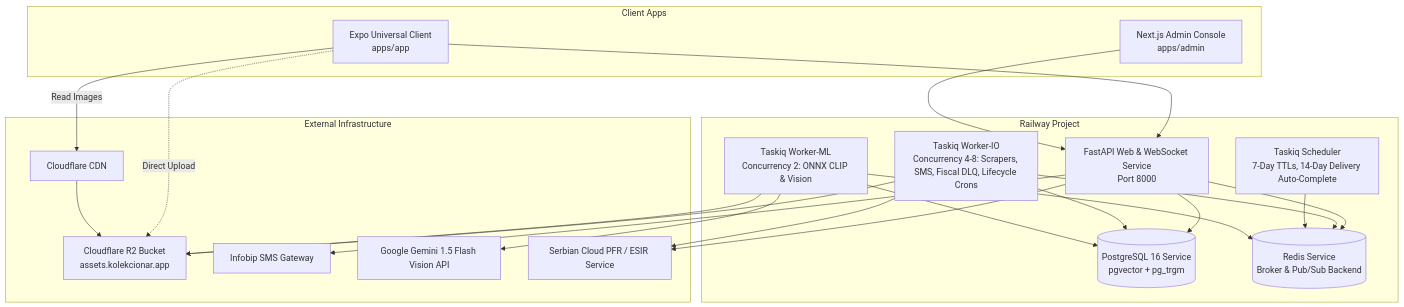
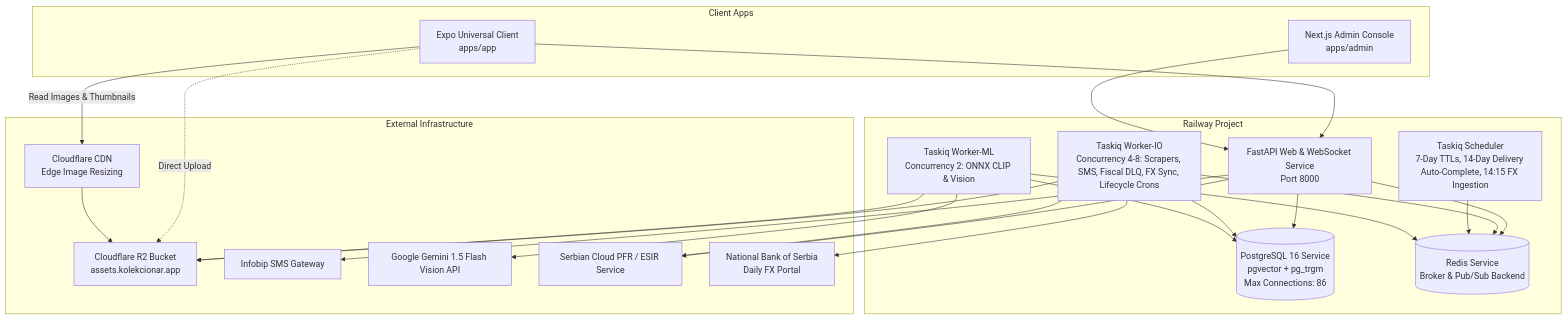
The fourth of 4 diagrams in _bmad-output/planning-artifacts/architecture/architecture-kolekcionar-2026-11-11/ARCHITECTURE-SPINE.md (nnikolic72/kolekcionar), drawn with Mermaid before and after one commit. The commit also changed other lines of this file, not shown here.

Commit message:
docs: update architecture spine with R2 edge resizing, FX ingestion, and NBS IPS reconciliation details

````diff
--- a/_bmad-output/planning-artifacts/architecture/architecture-kolekcionar-2026-11-11/ARCHITECTURE-SPINE.md
+++ b/_bmad-output/planning-artifacts/architecture/architecture-kolekcionar-2026-11-11/ARCHITECTURE-SPINE.md
@@ -298,46 +341,48 @@
 ```mermaid
 graph TD
     subgraph Client Apps
         ClientApp[Expo Universal Client<br/>apps/app]
         AdminApp[Next.js Admin Console<br/>apps/admin]
     end
 
     subgraph Railway Project
         WebGateway[FastAPI Web & WebSocket Service<br/>Port 8000]
-        WorkerIO[Taskiq Worker-IO<br/>Concurrency 4-8: Scrapers, SMS, Fiscal DLQ, Lifecycle Crons]
+        WorkerIO[Taskiq Worker-IO<br/>Concurrency 4-8: Scrapers, SMS, Fiscal DLQ, FX Sync, Lifecycle Crons]
         WorkerML[Taskiq Worker-ML<br/>Concurrency 2: ONNX CLIP & Vision]
-        TaskiqScheduler[Taskiq Scheduler<br/>7-Day TTLs, 14-Day Delivery Auto-Complete]
-        PG[(PostgreSQL 16 Service<br/>pgvector + pg_trgm)]
+        TaskiqScheduler[Taskiq Scheduler<br/>7-Day TTLs, 14-Day Delivery Auto-Complete, 14:15 FX Ingestion]
+        PG[(PostgreSQL 16 Service<br/>pgvector + pg_trgm<br/>Max Connections: 86)]
         RedisInstance[(Redis Service<br/>Broker & Pub/Sub Backend)]
     end
 
     subgraph External Infrastructure
         R2[Cloudflare R2 Bucket<br/>assets.kolekcionar.app]
-        CFEdge[Cloudflare CDN]
+        CFEdge[Cloudflare CDN<br/>Edge Image Resizing]
         Infobip[Infobip SMS Gateway]
         Gemini[Google Gemini 1.5 Flash Vision API]
         FiscalCloud[Serbian Cloud PFR / ESIR Service]
+        NBSGov[National Bank of Serbia<br/>Daily FX Portal]
     end
 
     ClientApp --> WebGateway
     AdminApp --> WebGateway
     ClientApp -.->|Direct Upload| R2
-    ClientApp -->|Read Images| CFEdge
+    ClientApp -->|Read Images & Thumbnails| CFEdge
     CFEdge --> R2
 
     WebGateway --> PG
     WebGateway --> RedisInstance
     WebGateway --> Infobip
     WebGateway --> FiscalCloud
 
     WorkerIO --> RedisInstance
     WorkerIO --> PG
     WorkerIO --> R2
     WorkerIO --> FiscalCloud
+    WorkerIO --> NBSGov
     TaskiqScheduler --> RedisInstance
 
     WorkerML --> RedisInstance
     WorkerML --> PG
     WorkerML --> R2
     WorkerML --> Gemini
 ```
````
